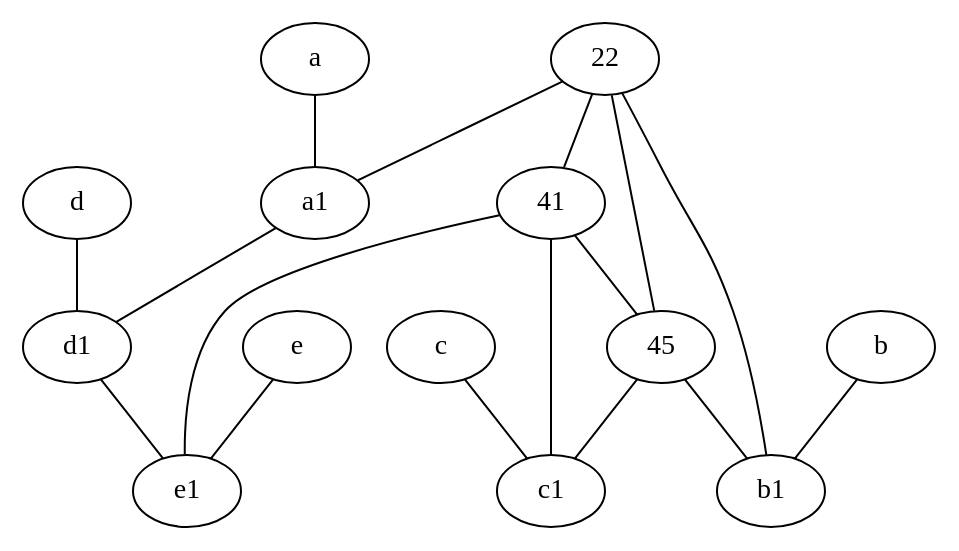
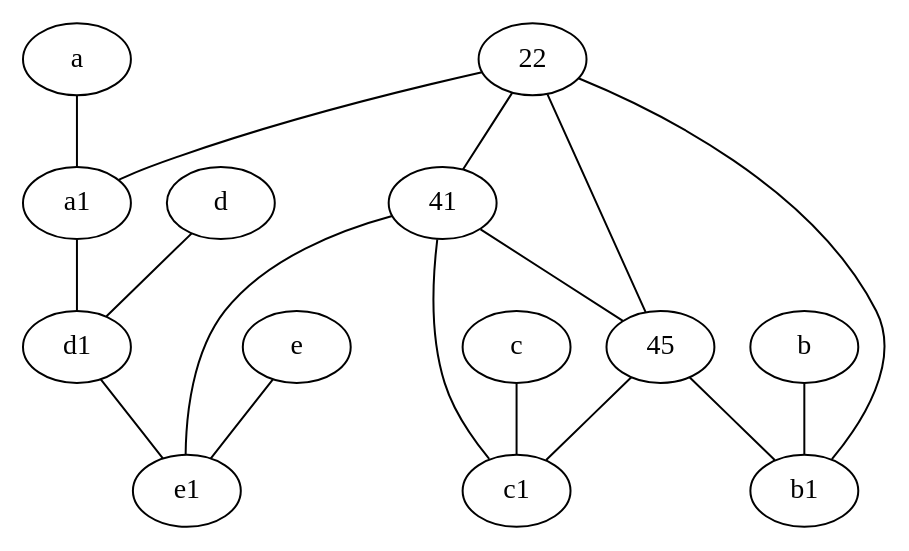
Before and after one commit to anisabnis/graph_inference: the diagram in results_best/surfnet5/orig.dot, drawn with Graphviz. The commit also changed other lines of this file and 3498 other files, not shown here.

```diff
--- a/results_best/surfnet5/orig.dot
+++ b/results_best/surfnet5/orig.dot
@@ -1,32 +1,32 @@
 graph {
 	node [labelfontsize=50]
+	22 [labelfontsize=50]
+	b [labelfontsize=50 pos="10,4!"]
+	b1 [labelfontsize=50 pos="9,4!"]
+	e [labelfontsize=50 pos="7,9!"]
+	a1 [labelfontsize=50 pos="8,3!"]
+	41 [labelfontsize=50]
+	a [labelfontsize=50 pos="8,2!"]
+	45 [labelfontsize=50]
 	d [labelfontsize=50 pos="2,5!"]
-	a [labelfontsize=50 pos="8,2!"]
-	41 [labelfontsize=50]
-	22 [labelfontsize=50]
+	d1 [labelfontsize=50 pos="3,5!"]
+	c1 [labelfontsize=50 pos="4.5,3!"]
 	e1 [labelfontsize=50 pos="7,7!"]
-	c1 [labelfontsize=50 pos="4.5,3!"]
-	a1 [labelfontsize=50 pos="8,3!"]
 	c [labelfontsize=50 pos="4.5,2!"]
-	e [labelfontsize=50 pos="7,9!"]
-	d1 [labelfontsize=50 pos="3,5!"]
-	b [labelfontsize=50 pos="10,4!"]
-	45 [labelfontsize=50]
-	b1 [labelfontsize=50 pos="9,4!"]
+	d -- d1
+	45 -- c1
 	b -- b1
+	a1 -- d1
+	22 -- b1
+	a -- a1
 	c -- c1
-	d -- d1
+	d1 -- e1
+	45 -- b1
 	41 -- c1
+	41 -- 45
+	41 -- e1
+	22 -- 41
 	22 -- 45
-	45 -- c1
-	41 -- e1
-	a1 -- d1
-	d1 -- e1
-	22 -- 41
-	45 -- b1
-	41 -- 45
 	e -- e1
-	a -- a1
-	22 -- b1
 	22 -- a1
 }
```
